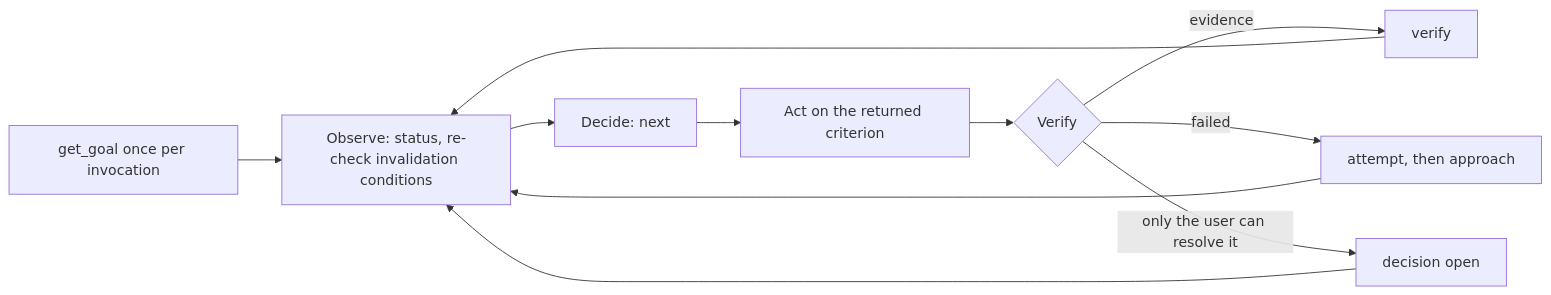
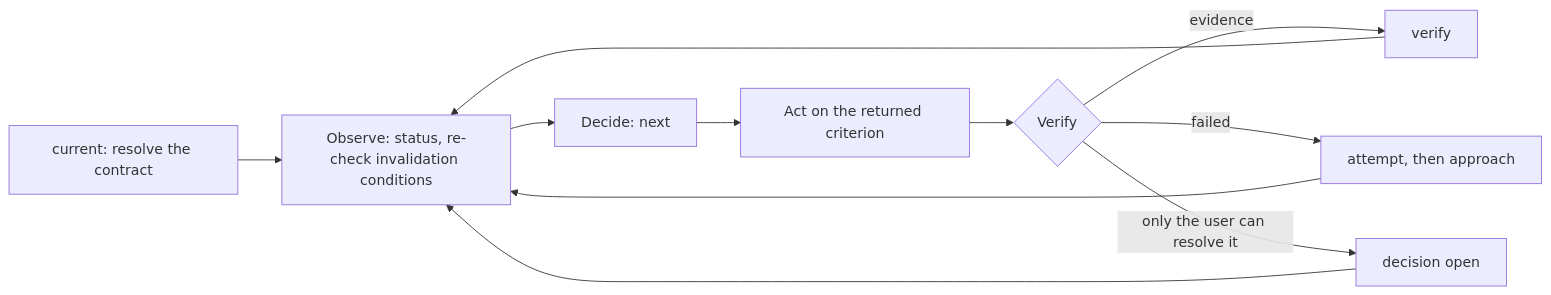
The diagram in .agents/skills/codex-goal-loop/SKILL.md (hanjeahwan/common-skills), drawn with Mermaid before and after one commit. The commit also changed other lines of this file and 8 other files, not shown here.

Commit message:
refactor(goal-loop): make contract sole state

````diff
--- a/.agents/skills/codex-goal-loop/SKILL.md
+++ b/.agents/skills/codex-goal-loop/SKILL.md
@@ -50,13 +67,13 @@
 ```mermaid
 flowchart LR
-    G[get_goal once per invocation] --> O[Observe: status, re-check invalidation conditions]
+    G[current: resolve the contract] --> O[Observe: status, re-check invalidation conditions]
     O --> D[Decide: next]
     D --> A[Act on the returned criterion]
     A --> V{Verify}
     V -->|evidence| VV[verify]
     V -->|failed| AT[attempt, then approach]
     V -->|only the user can resolve it| DO[decision open]
     VV --> O
     AT --> O
     DO --> O
 ```
````
